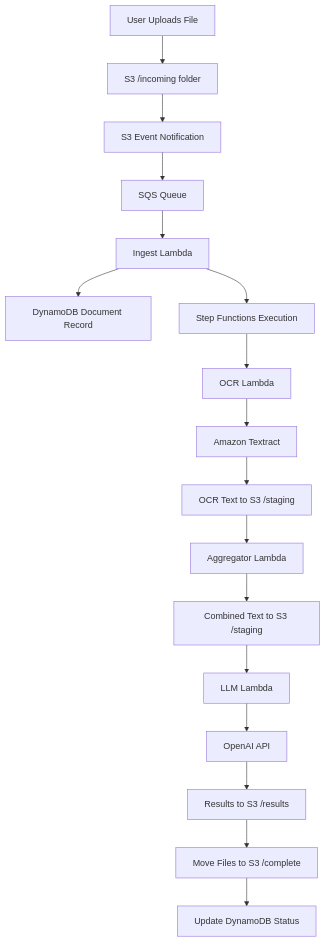
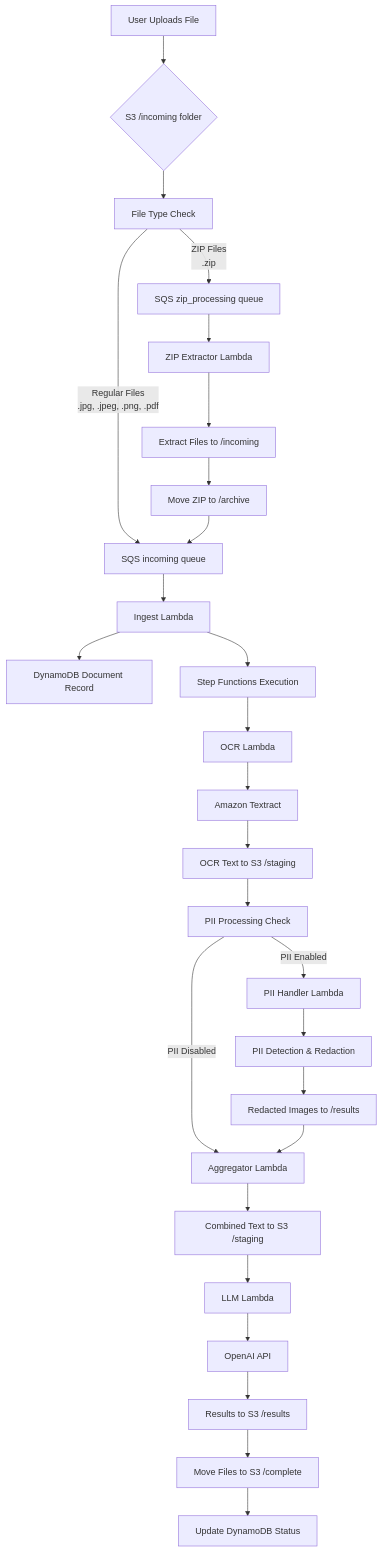
One commit to pauljmillar/aws-doc-processing-infra changed the diagram in docs/workflow-overview.md. Above: the diagram before and after it, drawn with Mermaid. The commit also changed other lines of this file and 14 other files, not shown here.

````diff
--- a/docs/workflow-overview.md
+++ b/docs/workflow-overview.md
@@ -7,19 +7,29 @@
 ```mermaid
 graph TD
-    A[User Uploads File] --> B[S3 /incoming folder]
-    B --> C[S3 Event Notification]
-    C --> D[SQS Queue]
-    D --> E[Ingest Lambda]
-    E --> F[DynamoDB Document Record]
-    E --> G[Step Functions Execution]
-    G --> H[OCR Lambda]
-    H --> I[Amazon Textract]
-    I --> J[OCR Text to S3 /staging]
-    J --> K[Aggregator Lambda]
-    K --> L[Combined Text to S3 /staging]
-    L --> M[LLM Lambda]
-    M --> N[OpenAI API]
-    N --> O[Results to S3 /results]
-    O --> P[Move Files to S3 /complete]
-    P --> Q[Update DynamoDB Status]
+    A[User Uploads File] --> B{S3 /incoming folder}
+    B --> C[File Type Check]
+    C -->|Regular Files<br/>.jpg, .jpeg, .png, .pdf| D[SQS incoming queue]
+    C -->|ZIP Files<br/>.zip| E[SQS zip_processing queue]
+    D --> F[Ingest Lambda]
+    E --> G[ZIP Extractor Lambda]
+    G --> H[Extract Files to /incoming]
+    H --> I[Move ZIP to /archive]
+    I --> D
+    F --> J[DynamoDB Document Record]
+    F --> K[Step Functions Execution]
+    K --> L[OCR Lambda]
+    L --> M[Amazon Textract]
+    M --> N[OCR Text to S3 /staging]
+    N --> O[PII Processing Check]
+    O -->|PII Enabled| P[PII Handler Lambda]
+    O -->|PII Disabled| Q[Aggregator Lambda]
+    P --> R[PII Detection & Redaction]
+    R --> S[Redacted Images to /results]
+    S --> Q
+    Q --> T[Combined Text to S3 /staging]
+    T --> U[LLM Lambda]
+    U --> V[OpenAI API]
+    V --> W[Results to S3 /results]
+    W --> X[Move Files to S3 /complete]
+    X --> Y[Update DynamoDB Status]
 ```
````
